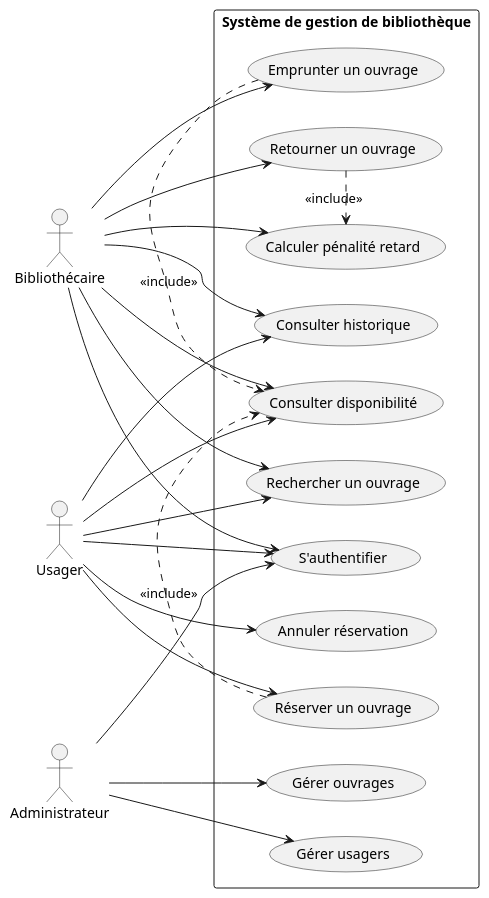
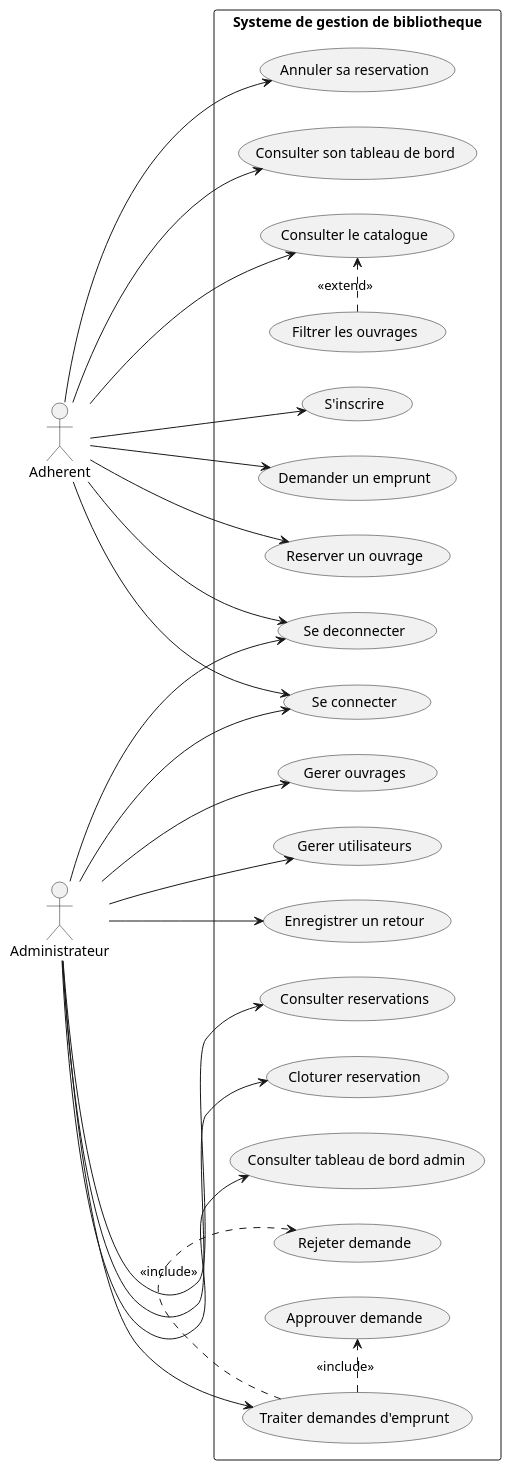
One commit to JunRoot29/Gestion-d-une-Bibliotheque changed the diagram in diagrams/diagramme_cas_utilisation.puml. Above: the diagram before and after it, drawn with PlantUML. The commit also changed 16 other files, not shown here.

```diff
--- a/diagrams/diagramme_cas_utilisation.puml
+++ b/diagrams/diagramme_cas_utilisation.puml
@@ -1,43 +1,50 @@
 @startuml
 left to right direction
-actor "Bibliothécaire" as B
-actor "Usager" as U
+actor "Adherent" as U
 actor "Administrateur" as A
 
-rectangle "Système de gestion de bibliothèque" {
-  usecase "S'authentifier" as UC1
-  usecase "Rechercher un ouvrage" as UC2
-  usecase "Consulter disponibilité" as UC3
-  usecase "Emprunter un ouvrage" as UC4
-  usecase "Retourner un ouvrage" as UC5
-  usecase "Réserver un ouvrage" as UC6
-  usecase "Annuler réservation" as UC7
-  usecase "Gérer usagers" as UC8
-  usecase "Gérer ouvrages" as UC9
-  usecase "Calculer pénalité retard" as UC10
-  usecase "Consulter historique" as UC11
+rectangle "Systeme de gestion de bibliotheque" {
+  usecase "S'inscrire" as UC1
+  usecase "Se connecter" as UC2
+  usecase "Se deconnecter" as UC3
+  usecase "Consulter le catalogue" as UC4
+  usecase "Filtrer les ouvrages" as UC5
+  usecase "Demander un emprunt" as UC6
+  usecase "Reserver un ouvrage" as UC7
+  usecase "Annuler sa reservation" as UC8
+  usecase "Consulter son tableau de bord" as UC9
+
+  usecase "Gerer ouvrages" as UC10
+  usecase "Gerer utilisateurs" as UC11
+  usecase "Traiter demandes d'emprunt" as UC12
+  usecase "Approuver demande" as UC13
+  usecase "Rejeter demande" as UC14
+  usecase "Enregistrer un retour" as UC15
+  usecase "Consulter reservations" as UC16
+  usecase "Cloturer reservation" as UC17
+  usecase "Consulter tableau de bord admin" as UC18
 }
 
 U --> UC1
 U --> UC2
 U --> UC3
+U --> UC4
 U --> UC6
 U --> UC7
-U --> UC11
+U --> UC8
+U --> UC9
 
-B --> UC1
-B --> UC4
-B --> UC5
-B --> UC2
-B --> UC3
-B --> UC10
-B --> UC11
+A --> UC2
+A --> UC3
+A --> UC10
+A --> UC11
+A --> UC12
+A --> UC15
+A --> UC16
+A --> UC17
+A --> UC18
 
-A --> UC1
-A --> UC8
-A --> UC9
-
-UC4 .> UC3 : <<include>>
-UC5 .> UC10 : <<include>>
-UC6 .> UC3 : <<include>>
+UC5 .> UC4 : <<extend>>
+UC12 .> UC13 : <<include>>
+UC12 .> UC14 : <<include>>
 @enduml
```
